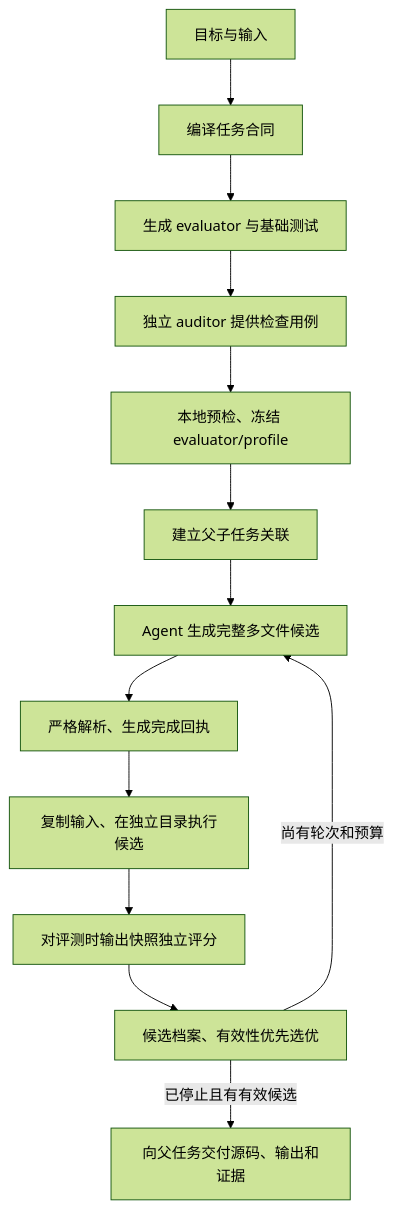
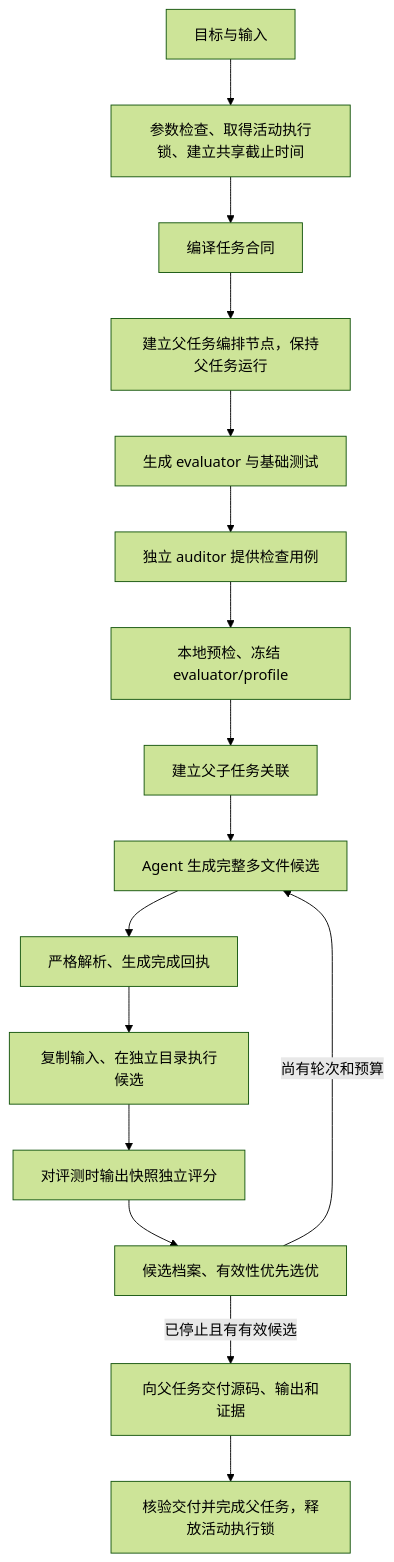
One commit to vchive/Lunar-Agent changed the second of 2 diagrams in docs/current-architecture-20260920.md. Above: the diagram before and after it, drawn with Mermaid (forest theme). The commit also changed other lines of this file and 31 other files, not shown here.

````diff
--- a/docs/current-architecture-20260920.md
+++ b/docs/current-architecture-20260920.md
@@ -90,15 +93,18 @@
 ```mermaid
 flowchart TD
-    G[目标与输入] --> K[编译任务合同]
-    K --> EC[生成 evaluator 与基础测试]
+    G[目标与输入] --> OWN[参数检查、取得活动执行锁、建立共享截止时间]
+    OWN --> K[编译任务合同]
+    K --> ORCH[建立父任务编排节点，保持父任务运行]
+    ORCH --> EC[生成 evaluator 与基础测试]
     EC --> AU[独立 auditor 提供检查用例]
     AU --> PF[本地预检、冻结 evaluator/profile]
     PF --> CH[建立父子任务关联]
     CH --> GEN[Agent 生成完整多文件候选]
     GEN --> PAR[严格解析、生成完成回执]
     PAR --> EX[复制输入、在独立目录执行候选]
     EX --> EV[对评测时输出快照独立评分]
     EV --> AR[候选档案、有效性优先选优]
     AR -->|尚有轮次和预算| GEN
     AR -->|已停止且有有效候选| OUT[向父任务交付源码、输出和证据]
+    OUT --> END[核验交付并完成父任务，释放活动执行锁]
 ```
````
